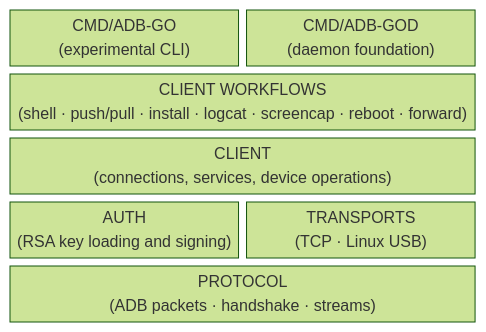
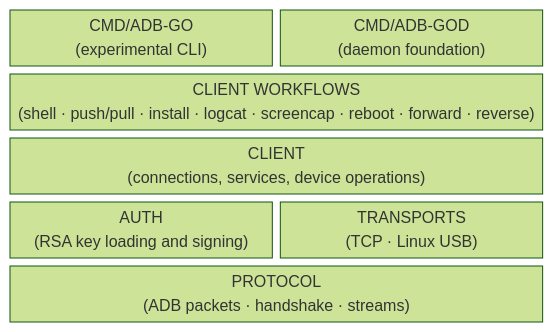
One commit to dector/adb-go changed the diagram in README.md. Above: the diagram before and after it, drawn with Mermaid (forest theme). The commit also changed other lines of this file and 5 other files, not shown here.

````diff
--- a/README.md
+++ b/README.md
@@ -31,18 +31,18 @@
 ```mermaid
 block-beta
   columns 2
 
   cli["CMD/ADB-GO<br/>(experimental CLI)"]
   daemon["CMD/ADB-GOD<br/>(daemon foundation)"]
 
   root["GITHUB.COM/DECTOR/ADB-GO<br/>(stable high-level API)"]:2
 
-  workflows["CLIENT WORKFLOWS<br/>(shell · push/pull · install · logcat · screencap · reboot · forward)"]:2
+  workflows["CLIENT WORKFLOWS<br/>(shell · push/pull · install · logcat · screencap · reboot · forward · reverse)"]:2
 
   client["CLIENT<br/>(connections, services, device operations)"]:2
 
   auth["AUTH<br/>(RSA key loading and signing)"]
   transports["TRANSPORTS<br/>(TCP · Linux USB)"]
 
   protocol["PROTOCOL<br/>(ADB packets · handshake · streams)"]:2
 ```
````
